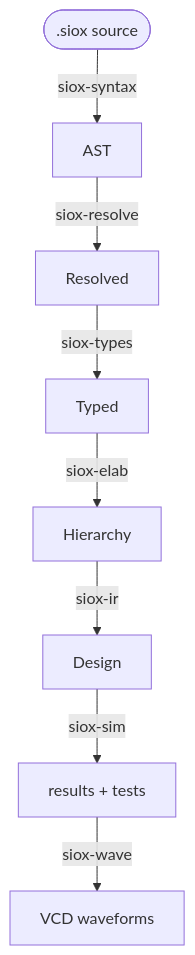
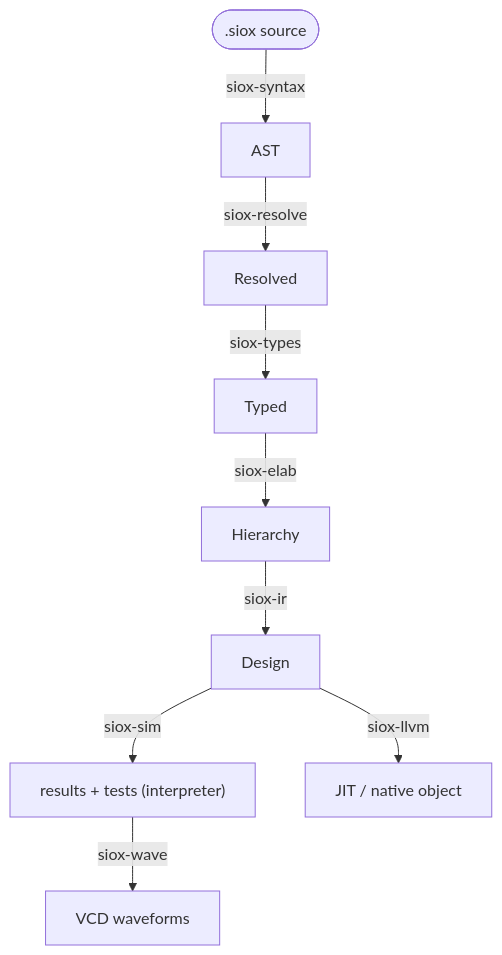
The diagram in docs/README.md (Siox-lang/sioxc), drawn with Mermaid before and after one commit. The commit also changed other lines of this file and 2 other files, not shown here.

First line of the commit message:
docs: reflect the siox-llvm compiled backend

````diff
--- a/docs/README.md
+++ b/docs/README.md
@@ -27,10 +27,11 @@
 ```mermaid
 flowchart TD
     SRC([".siox source"]) -->|siox-syntax| AST[AST]
     AST -->|siox-resolve| RES[Resolved]
     RES -->|siox-types| TY[Typed]
     TY -->|siox-elab| HIER[Hierarchy]
     HIER -->|siox-ir| IR[Design]
-    IR -->|siox-sim| SIM["results + tests"]
+    IR -->|siox-sim| SIM["results + tests (interpreter)"]
+    IR -->|siox-llvm| NAT["JIT / native object"]
     SIM -->|siox-wave| VCD[VCD waveforms]
 ```
````
